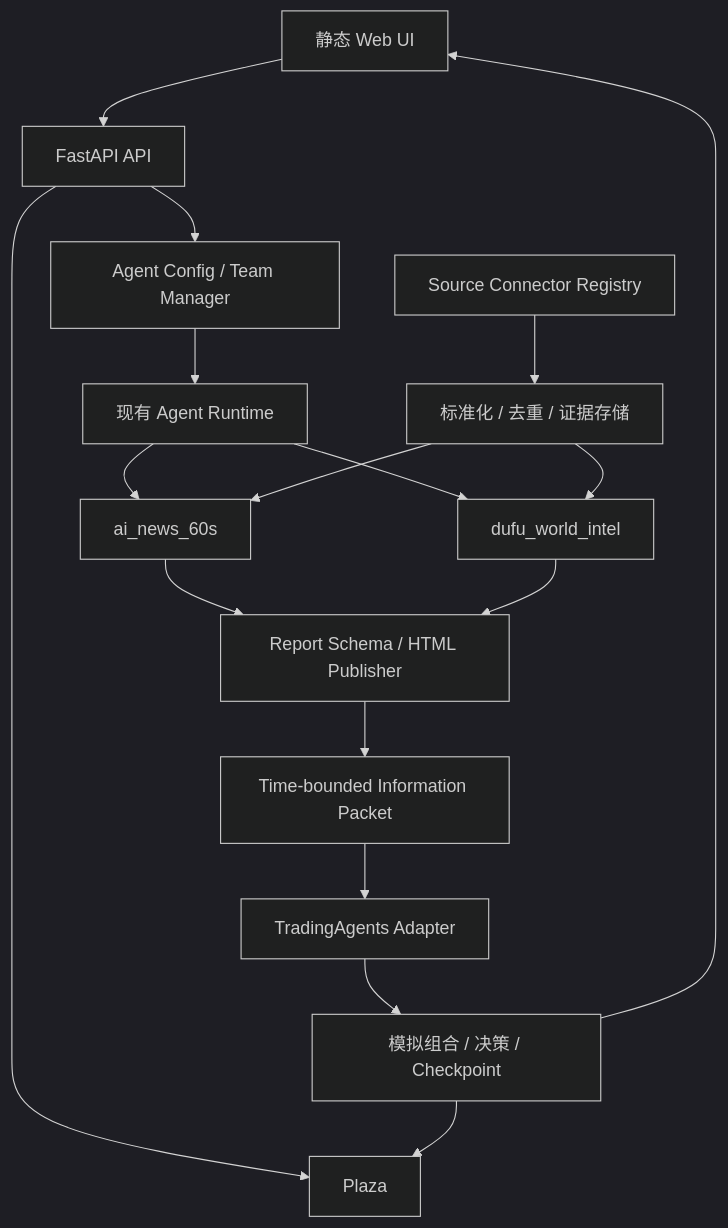
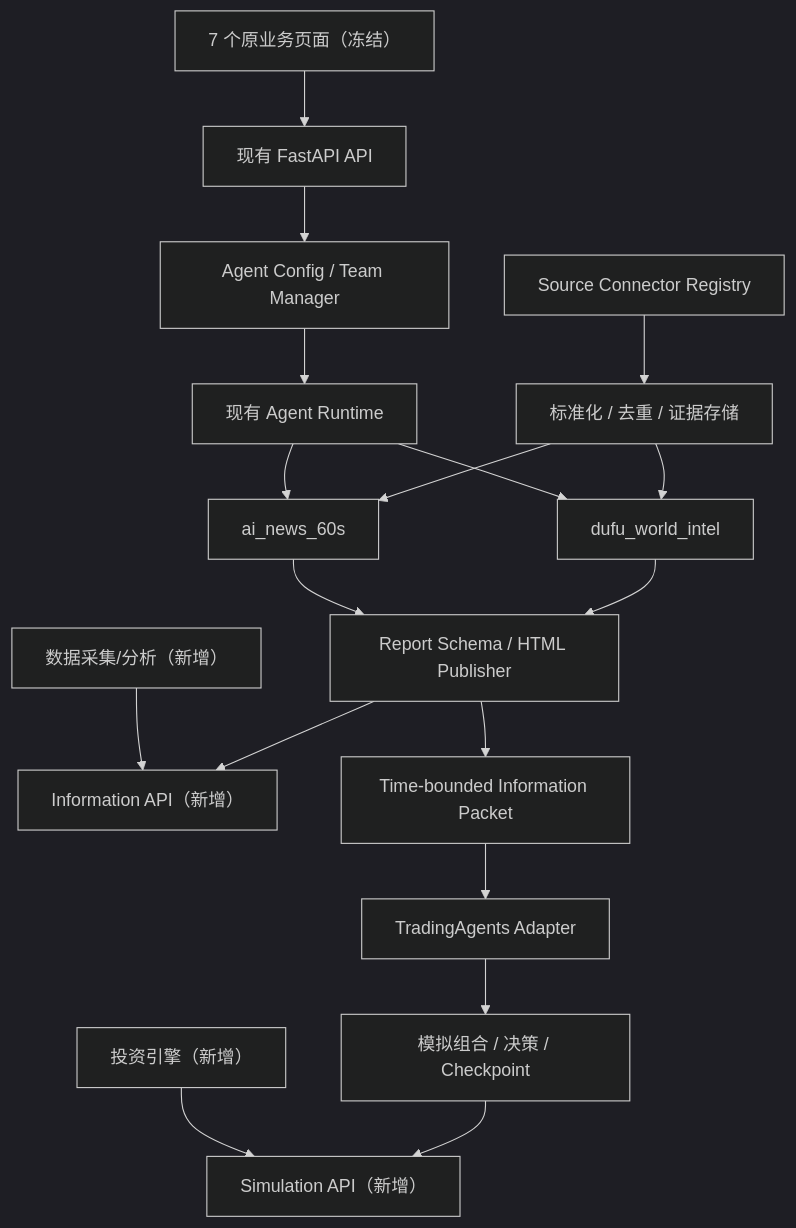
One commit to panglaohupanglaohu/StockAgentsAnalysisProcessing changed the diagram in docs/architecture.md. Above: the diagram before and after it, drawn with Mermaid (dark theme). The commit also changed other lines of this file and 153 other files, not shown here.

````diff
--- a/docs/architecture.md
+++ b/docs/architecture.md
@@ -13,19 +13,20 @@
 ```mermaid
 flowchart TB
-    UI["静态 Web UI"] --> API["FastAPI API"]
+    LEGACY["7 个原业务页面（冻结）"] --> API["现有 FastAPI API"]
+    DATAUI["数据采集/分析（新增）"] --> SOURCEAPI["Information API（新增）"]
+    ENGINEUI["投资引擎（新增）"] --> SIMAPI["Simulation API（新增）"]
     API --> CFG["Agent Config / Team Manager"]
-    API --> PLAZA["Plaza"]
     CFG --> CORE["现有 Agent Runtime"]
     CORE --> T1["ai_news_60s"]
     CORE --> T2["dufu_world_intel"]
     SOURCES["Source Connector Registry"] --> NORMAL["标准化 / 去重 / 证据存储"]
     NORMAL --> T1
     NORMAL --> T2
     T1 --> REPORTS["Report Schema / HTML Publisher"]
     T2 --> REPORTS
     REPORTS --> PACKET["Time-bounded Information Packet"]
     PACKET --> ADAPTER["TradingAgents Adapter"]
     ADAPTER --> SIM["模拟组合 / 决策 / Checkpoint"]
-    SIM --> PLAZA
-    SIM --> UI
+    SIM --> SIMAPI
+    REPORTS --> SOURCEAPI
 ```
````
